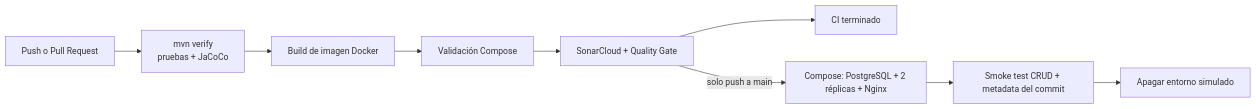
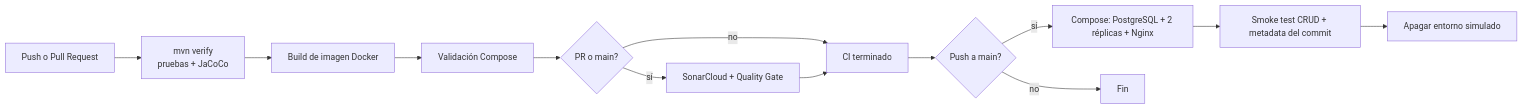
One commit to JeanU10/ms-despacho-ep2 changed the diagram in README.md. Above: the diagram before and after it, drawn with Mermaid. The commit also changed other lines of this file and 1 other file, not shown here.

Commit message:
fix(ci): limit SonarCloud analysis to supported refs

````diff
--- a/README.md
+++ b/README.md
@@ -83,11 +83,15 @@
 ```mermaid
 flowchart LR
     A[Push o Pull Request] --> B[mvn verify<br/>pruebas + JaCoCo]
     B --> C[Build de imagen Docker]
     C --> D[Validación Compose]
-    D --> E[SonarCloud + Quality Gate]
-    E --> F[CI terminado]
-    E -->|solo push a main| G[Compose: PostgreSQL + 2 réplicas + Nginx]
-    G --> H[Smoke test CRUD + metadata del commit]
-    H --> I[Apagar entorno simulado]
+    D --> E{PR o main?}
+    E -->|sí| F[SonarCloud + Quality Gate]
+    E -->|no| G[CI terminado]
+    F --> G
+    G --> H{Push a main?}
+    H -->|sí| I[Compose: PostgreSQL + 2 réplicas + Nginx]
+    H -->|no| J[Fin]
+    I --> K[Smoke test CRUD + metadata del commit]
+    K --> L[Apagar entorno simulado]
 ```
````
